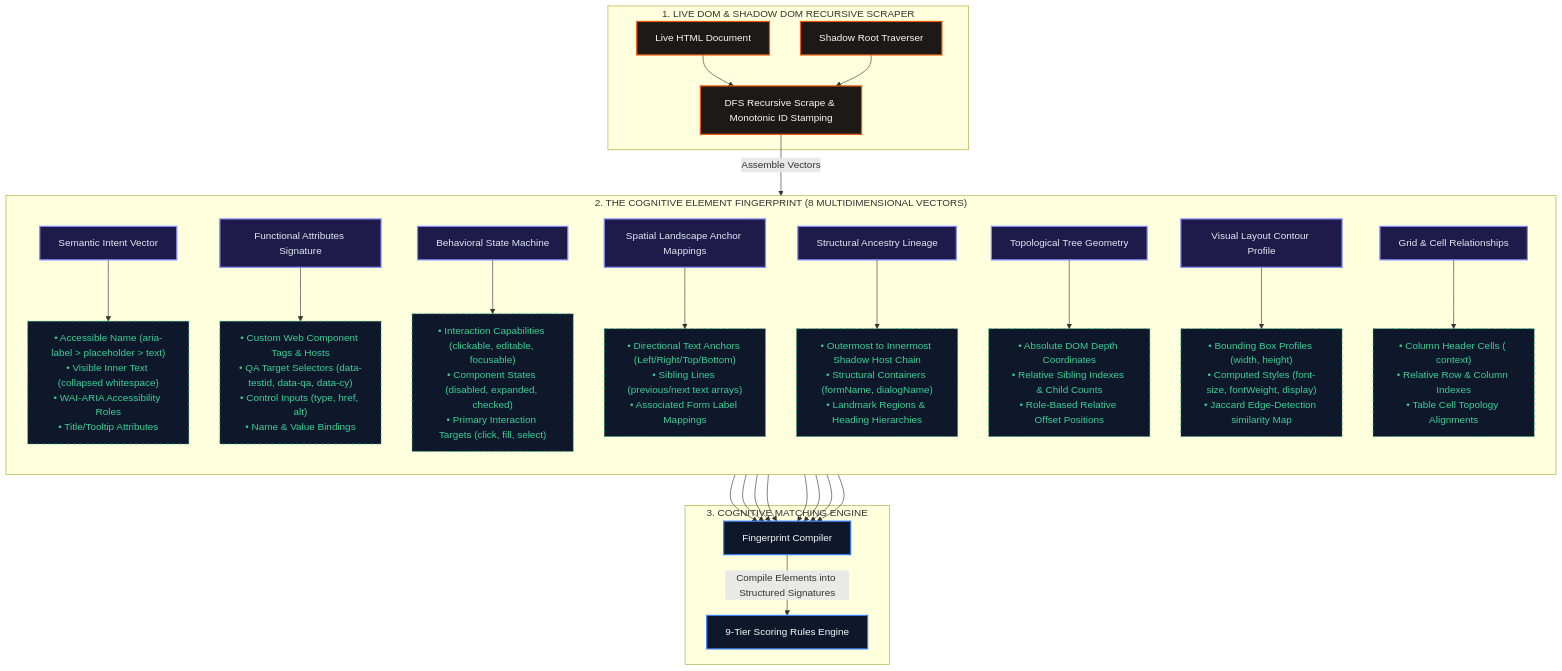
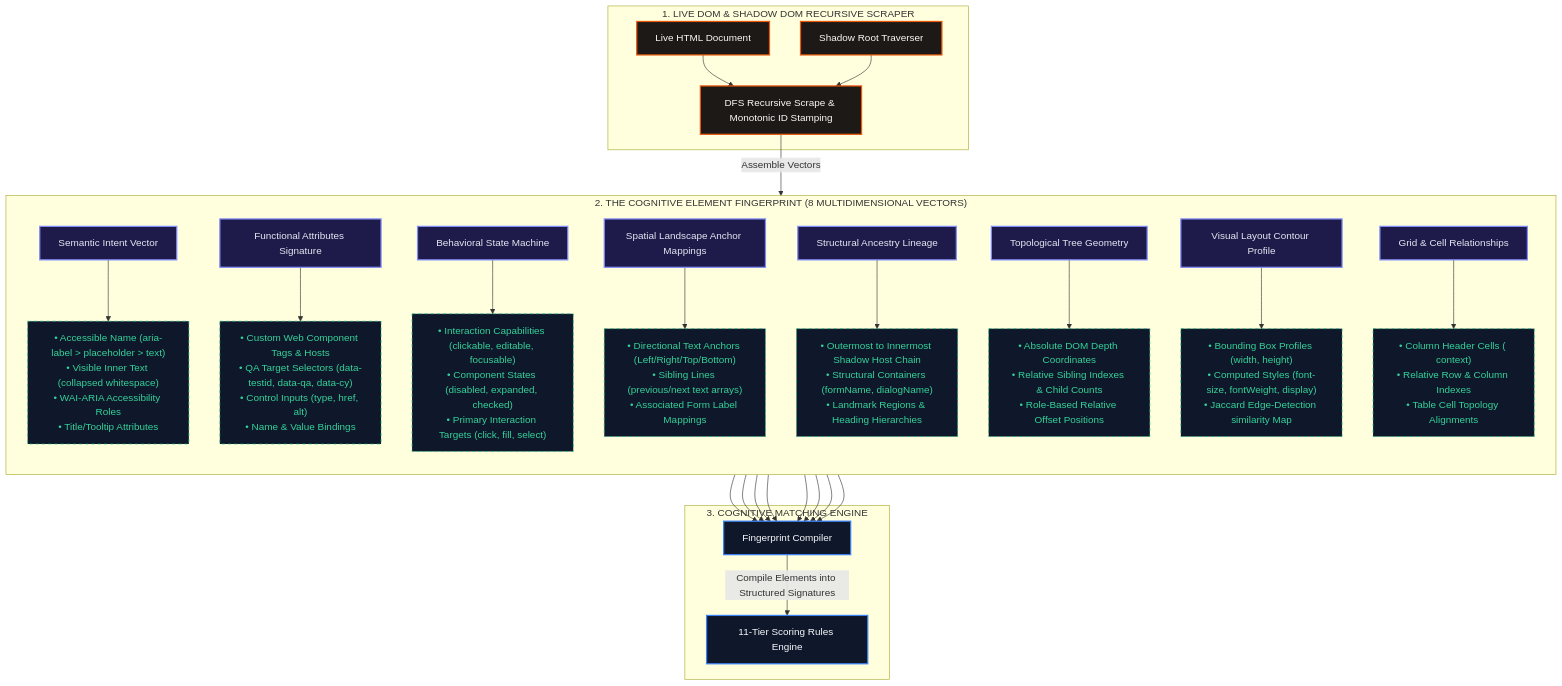
The fourth of 6 diagrams in docs/project-architecture.md (shambhoo-narwaria/reLOCATE.AI-Intelligent-Element-Recovery-Engine), drawn with Mermaid before and after one commit. The commit also changed other lines of this file and 39 other files, not shown here.

Commit message:
refactor: reorganize structure, align scoring rules documentation and update weights

````diff
--- a/docs/project-architecture.md
+++ b/docs/project-architecture.md
@@ -194,52 +206,52 @@
 ```mermaid
 graph TB
     %% Styling Classes
     classDef engine fill:#0f172a,stroke:#3b82f6,stroke-width:2px,color:#f8fafc;
     classDef category fill:#1e1b4b,stroke:#818cf8,stroke-width:2px,color:#e2e8f0;
     classDef property fill:#0f172a,stroke:#10b981,stroke-dasharray: 5 5,color:#34d399;
     classDef traversal fill:#1c1917,stroke:#ea580c,stroke-width:2px,color:#fafaf9;
 
     subgraph Scraper ["1. LIVE DOM & SHADOW DOM RECURSIVE SCRAPER"]
         DOM[Live HTML Document]:::traversal
         SR[Shadow Root Traverser]:::traversal
         DOM --> Traversal[DFS Recursive Scrape & Monotonic ID Stamping]:::traversal
         SR --> Traversal
     end
 
     subgraph Fingerprint ["2. THE COGNITIVE ELEMENT FINGERPRINT (8 MULTIDIMENSIONAL VECTORS)"]
         direction TB
 
         Sem["Semantic Intent Vector"]:::category
         Sem --> SemProps["• Accessible Name (aria-label > placeholder > text)<br>• Visible Inner Text (collapsed whitespace)<br>• WAI-ARIA Accessibility Roles<br>• Title/Tooltip Attributes"]:::property
 
         Func["Functional Attributes Signature"]:::category
         Func --> FuncProps["• Custom Web Component Tags & Hosts<br>• QA Target Selectors (data-testid, data-qa, data-cy)<br>• Control Inputs (type, href, alt)<br>• Name & Value Bindings"]:::property
 
         Behav["Behavioral State Machine"]:::category
         Behav --> BehavProps["• Interaction Capabilities (clickable, editable, focusable)<br>• Component States (disabled, expanded, checked)<br>• Primary Interaction Targets (click, fill, select)"]:::property
 
         Neigh["Spatial Landscape Anchor Mappings"]:::category
         Neigh --> NeighProps["• Directional Text Anchors (Left/Right/Top/Bottom)<br>• Sibling Lines (previous/next text arrays)<br>• Associated Form Label Mappings"]:::property
 
         Anc["Structural Ancestry Lineage"]:::category
         Anc --> AncProps["• Outermost to Innermost Shadow Host Chain<br>• Structural Containers (formName, dialogName)<br>• Landmark Regions & Heading Hierarchies"]:::property
 
         Geom["Topological Tree Geometry"]:::category
         Geom --> GeomProps["• Absolute DOM Depth Coordinates<br>• Relative Sibling Indexes & Child Counts<br>• Role-Based Relative Offset Positions"]:::property
 
         Vis["Visual Layout Contour Profile"]:::category
         Vis --> VisProps["• Bounding Box Profiles (width, height)<br>• Computed Styles (font-size, fontWeight, display)<br>• Jaccard Edge-Detection similarity Map"]:::property
 
         Grid["Grid & Cell Relationships"]:::category
         Grid --> GridProps["• Column Header Cells (<th> context)<br>• Relative Row & Column Indexes<br>• Table Cell Topology Alignments"]:::property
     end
 
     subgraph Synthesizer ["3. COGNITIVE MATCHING ENGINE"]
         Sync[Fingerprint Compiler]:::engine
-        Weighting[9-Tier Scoring Rules Engine]:::engine
+        Weighting[11-Tier Scoring Rules Engine]:::engine
         Sync -->|Compile Elements into Structured Signatures| Weighting
     end
 
     Traversal -->|Assemble Vectors| Fingerprint
     SemProps & FuncProps & BehavProps & NeighProps & AncProps & GeomProps & VisProps & GridProps --> Sync
 ```
````
